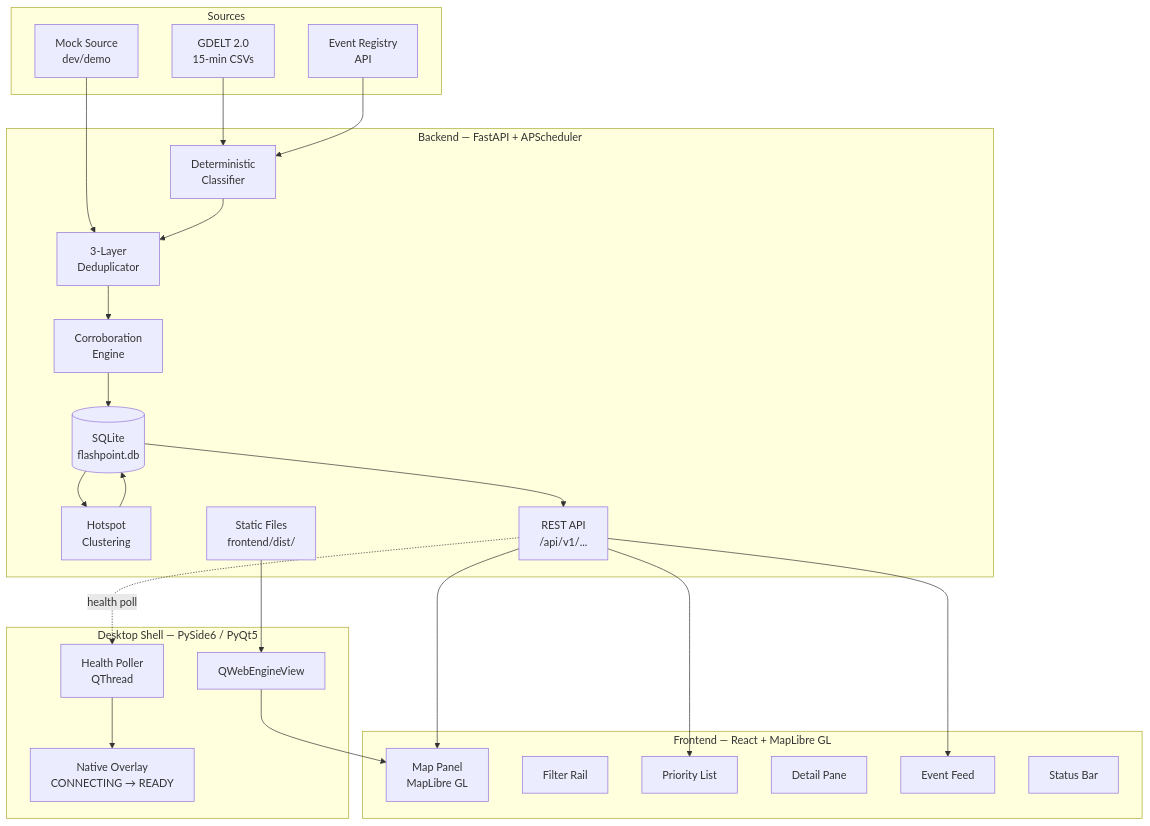
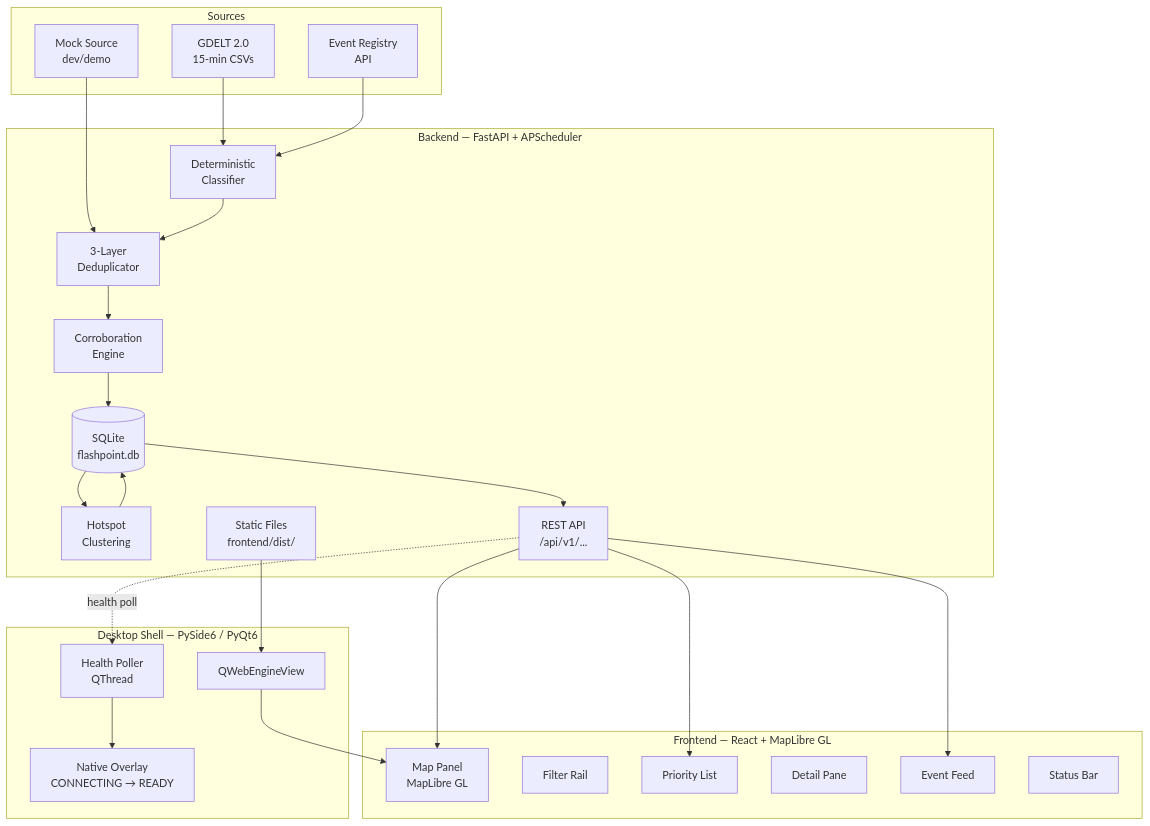
Before and after one commit to pattyhomes/Flashpoint: the first of 2 diagrams in README.md, drawn with Mermaid. The commit also changed other lines of this file and 2 other files, not shown here.

First line of the commit message:
docs: replace PyQt5 references with PyQt6 in README and desktop docs

````diff
--- a/README.md
+++ b/README.md
@@ -52,50 +52,50 @@
 ```mermaid
 graph TD
     subgraph Sources
         G[GDELT 2.0<br/>15-min CSVs]
         ER[Event Registry<br/>API]
         M[Mock Source<br/>dev/demo]
     end
 
     subgraph "Backend — FastAPI + APScheduler"
         CL[Deterministic<br/>Classifier]
         DD[3-Layer<br/>Deduplicator]
         CB[Corroboration<br/>Engine]
         DB[(SQLite<br/>flashpoint.db)]
         HS[Hotspot<br/>Clustering]
         API[REST API<br/>/api/v1/...]
         SF[Static Files<br/>frontend/dist/]
     end
 
     subgraph "Frontend — React + MapLibre GL"
         MAP[Map Panel<br/>MapLibre GL]
         FIL[Filter Rail]
         PRI[Priority List]
         DET[Detail Pane]
         FEED[Event Feed]
         SB[Status Bar]
     end
 
-    subgraph "Desktop Shell — PySide6 / PyQt5"
+    subgraph "Desktop Shell — PySide6 / PyQt6"
         QW[QWebEngineView]
         HP[Health Poller<br/>QThread]
         OV[Native Overlay<br/>CONNECTING → READY]
     end
 
     G --> CL
     ER --> CL
     M --> DD
     CL --> DD
     DD --> CB
     CB --> DB
     DB --> HS
     HS --> DB
     DB --> API
     API --> MAP
     API --> PRI
     API --> FEED
     SF --> QW
     QW --> MAP
     HP --> OV
     API -.->|health poll| HP
 ```
````
